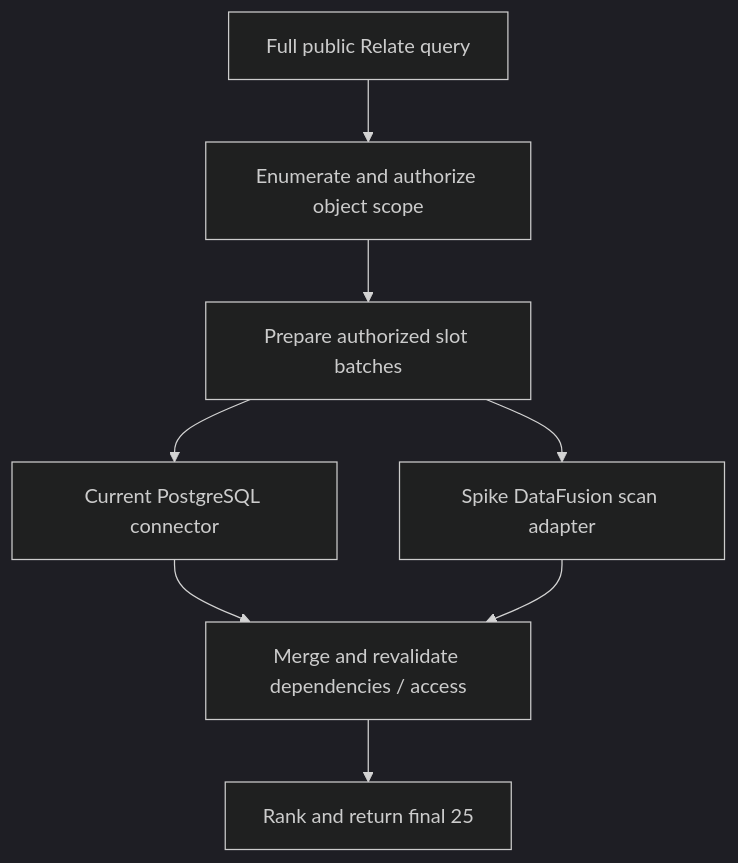
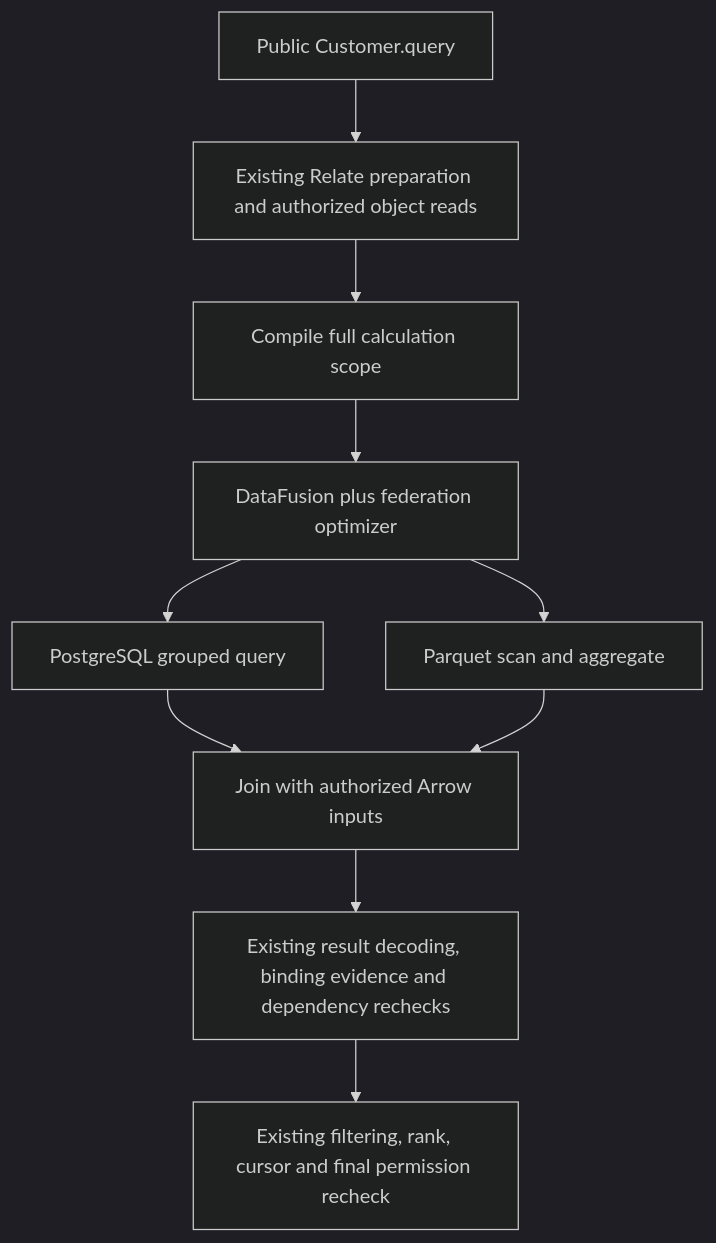
One commit to relatehq/relate changed the second of 2 diagrams in tests/performance/federation/measurements/REPORT.md. Above: the diagram before and after it, drawn with Mermaid (dark theme). The commit also changed other lines of this file and 38 other files, not shown here.

Commit message:
docs(perf): remeasure federation spike after indexed memory store and consolidate report

````diff
--- a/tests/performance/federation/measurements/REPORT.md
+++ b/tests/performance/federation/measurements/REPORT.md
@@ -220,10 +210,12 @@
 ```mermaid
 flowchart TD
-  Request[Full public Relate query] --> Candidates[Enumerate and authorize object scope]
-  Candidates --> Slots[Prepare authorized slot batches]
-  Slots --> PG[Current PostgreSQL connector]
-  Slots --> DF[Spike DataFusion scan adapter]
-  PG --> Validate[Merge and revalidate dependencies / access]
-  DF --> Validate
-  Validate --> Rank[Rank and return final 25]
+  Query[Public Customer.query] --> Auth[Existing Relate preparation and authorized object reads]
+  Auth --> Compile[Compile full calculation scope]
+  Compile --> Engine[DataFusion plus federation optimizer]
+  Engine --> PG[PostgreSQL grouped query]
+  Engine --> File[Parquet scan and aggregate]
+  PG --> Join[Join with authorized Arrow inputs]
+  File --> Join
+  Join --> Validate[Existing result decoding, binding evidence and dependency rechecks]
+  Validate --> Page[Existing filtering, rank, cursor and final permission recheck]
 ```
````
